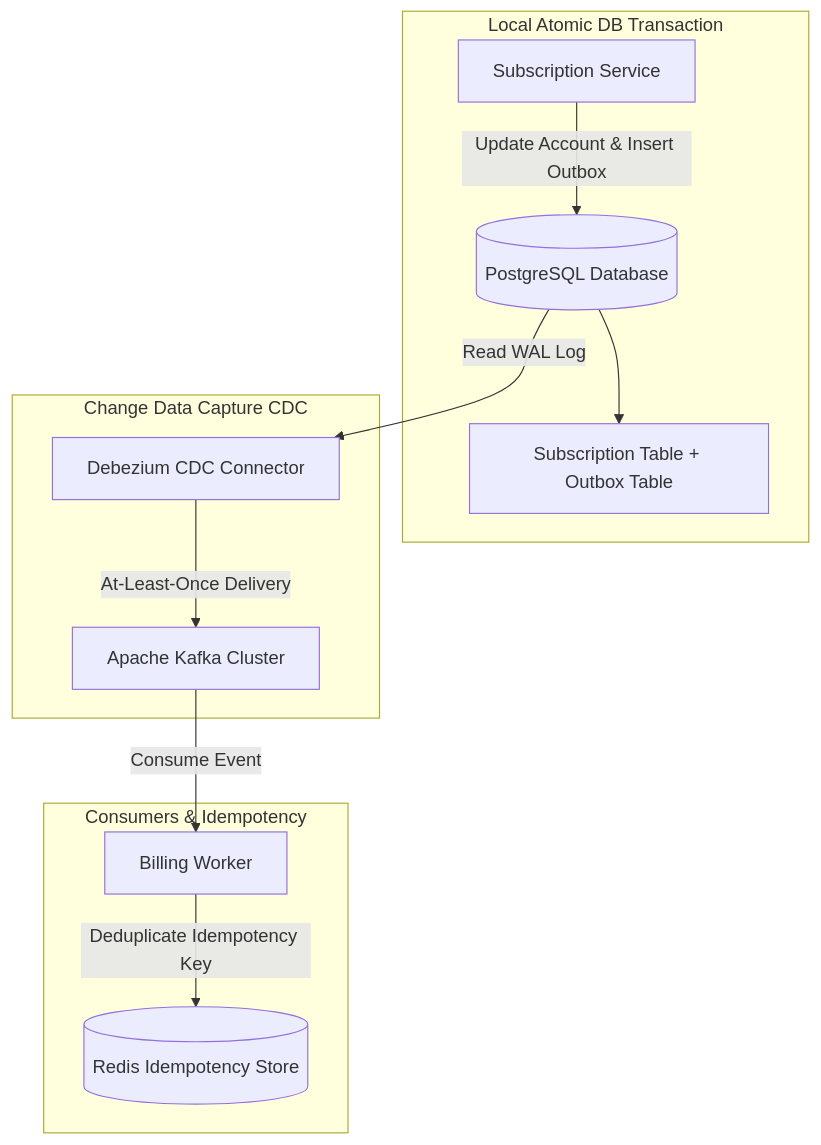
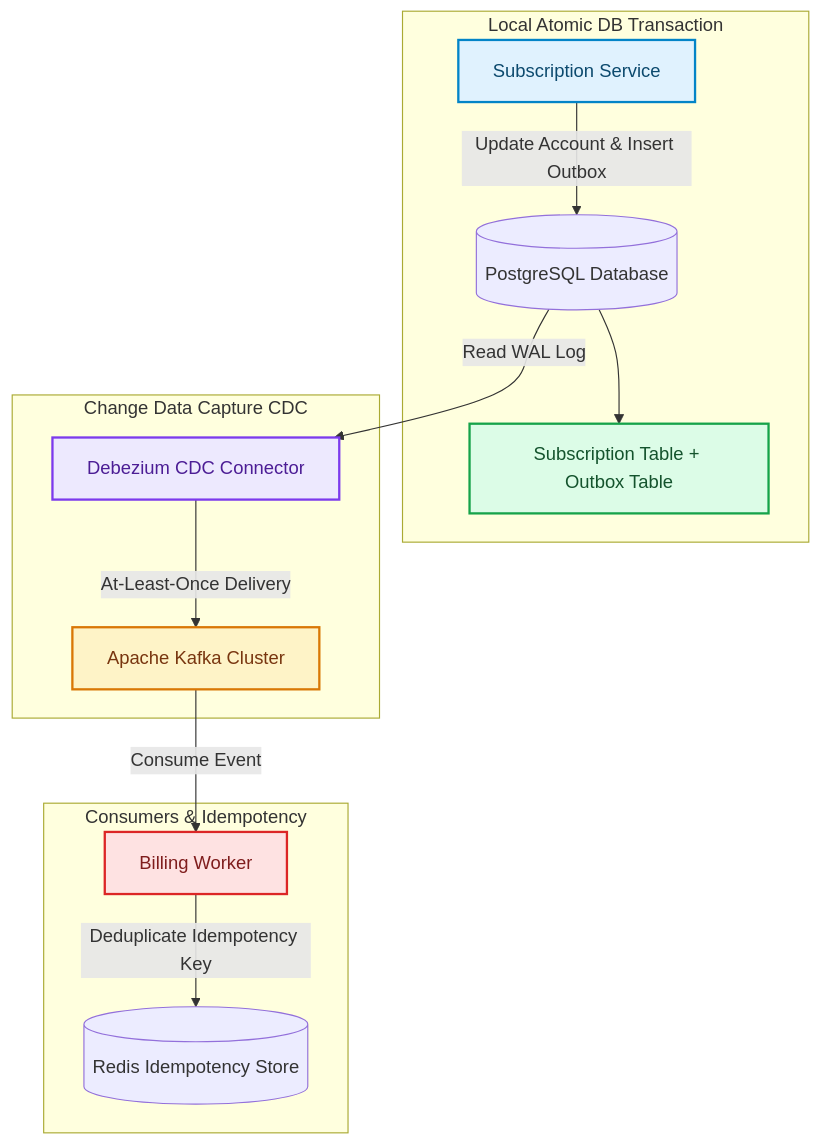
The fourth of 4 diagrams in blog/posts/distributed-transactions-evolution-present-truetime-multi-raft-sagas-uber-netflix.md (akmalkhaniub/akmalkhaniub.github.io), drawn with Mermaid before and after one commit. The commit also changed other lines of this file and 1291 other files, not shown here.

First line of the commit message:
feat(catalog): unique covers, scholarly references, and diagram palettes

````diff
--- a/blog/posts/distributed-transactions-evolution-present-truetime-multi-raft-sagas-uber-netflix.md
+++ b/blog/posts/distributed-transactions-evolution-present-truetime-multi-raft-sagas-uber-netflix.md
@@ -133,17 +144,28 @@
 ```mermaid
 flowchart TD
   subgraph SG2_LocalAtomicDb ["Local Atomic DB Transaction"]
-    Service[Subscription Service] -->|Update Account & Insert Outbox| DB[(PostgreSQL Database)]
-    DB --> Tables[Subscription Table + Outbox Table]
+    Service["Subscription Service"] -->|Update Account & Insert Outbox| DB[(PostgreSQL Database)]
+    DB --> Tables["Subscription Table + Outbox Table"]
   end
   
   subgraph SG3_ChangeDataCapture ["Change Data Capture CDC"]
-    DB -->|Read WAL Log| Debezium[Debezium CDC Connector]
-    Debezium -->|At-Least-Once Delivery| Kafka[Apache Kafka Cluster]
+    DB -->|Read WAL Log| Debezium["Debezium CDC Connector"]
+    Debezium -->|At-Least-Once Delivery| Kafka["Apache Kafka Cluster"]
   end
   
   subgraph SG4_ConsumersIdempotency ["Consumers & Idempotency"]
-    Kafka -->|Consume Event| BillingWorker[Billing Worker]
+    Kafka -->|Consume Event| BillingWorker["Billing Worker"]
     BillingWorker -->|Deduplicate Idempotency Key| Redis[(Redis Idempotency Store)]
   end
+
+classDef green fill:#dcfce7,stroke:#16a34a,stroke-width:2px,color:#14532d;
+classDef red fill:#fee2e2,stroke:#dc2626,stroke-width:2px,color:#7f1d1d;
+classDef blue fill:#e0f2fe,stroke:#0284c7,stroke-width:2px,color:#0c4a6e;
+classDef yellow fill:#fef3c7,stroke:#d97706,stroke-width:2px,color:#78350f;
+classDef purple fill:#ede9fe,stroke:#7c3aed,stroke-width:2px,color:#4c1d95;
+class Service blue
+class Tables green
+class Debezium purple
+class Kafka yellow
+class BillingWorker red
 ```
````
